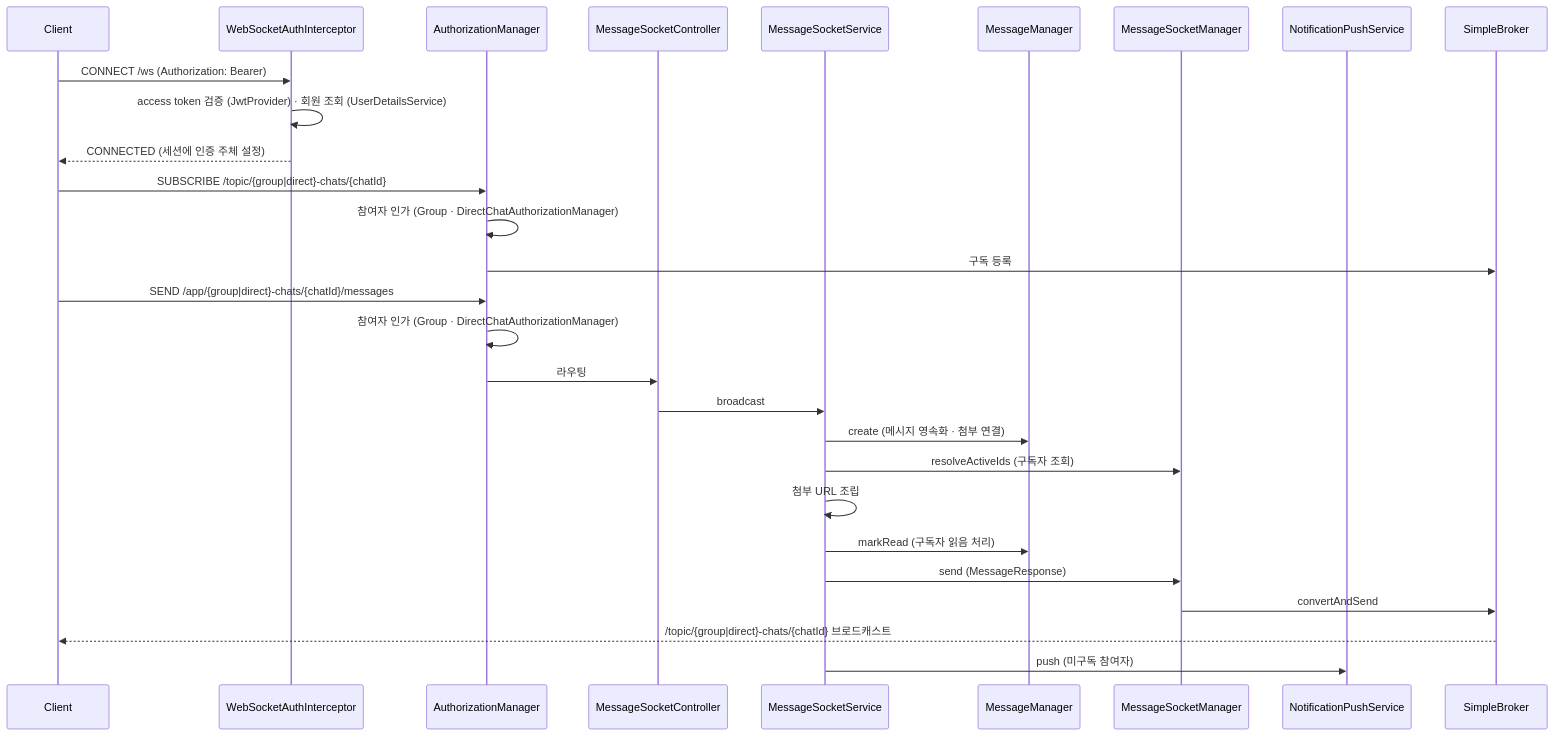
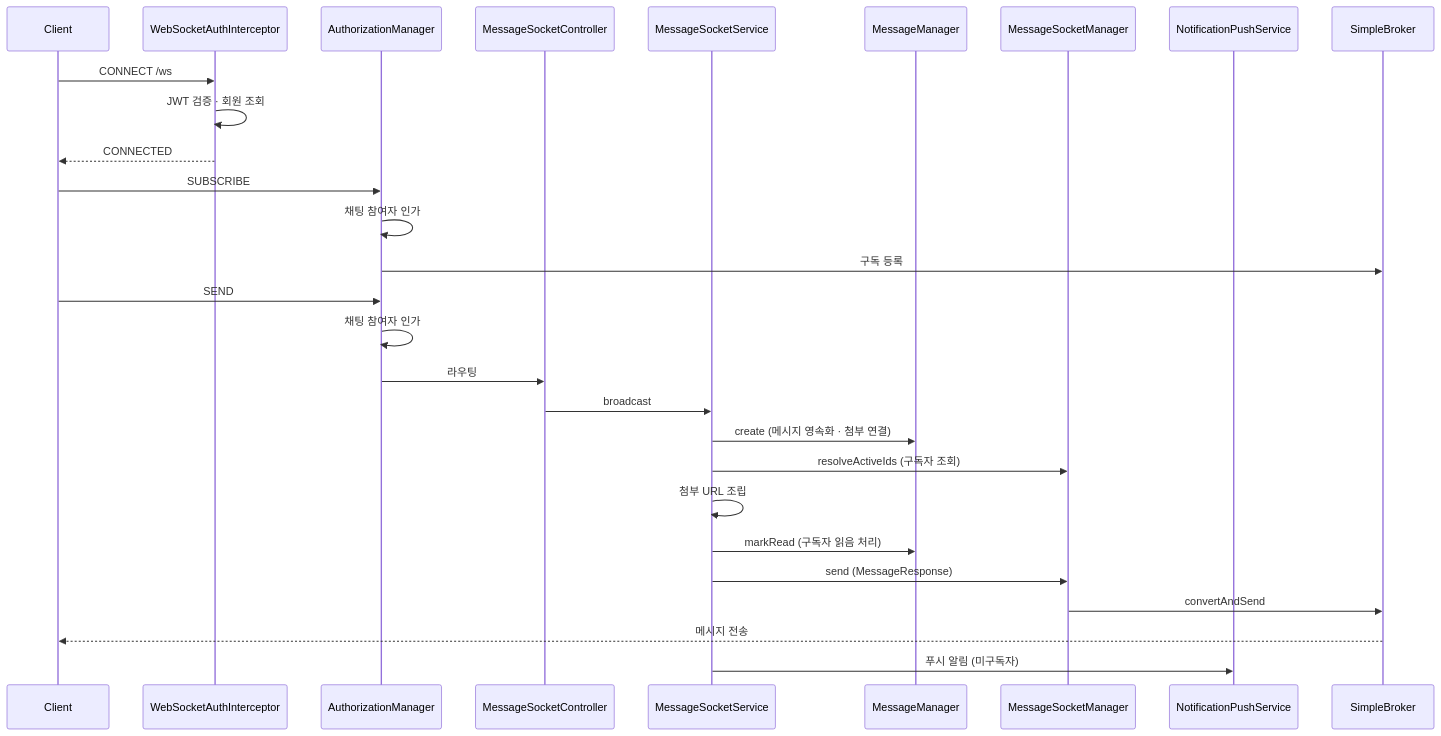
Before and after one commit to mortonCareer/bconnect: the diagram in apps/api/docs/stomp-architecture.md, drawn with Mermaid. The commit also changed other lines of this file and 2 other files, not shown here.

Commit message:
docs(api): 메시지 규격 · 섭외 조회 문서 최신화

````diff
--- a/apps/api/docs/stomp-architecture.md
+++ b/apps/api/docs/stomp-architecture.md
@@ -7,33 +7,33 @@
 ```mermaid
 sequenceDiagram
     participant Client
     participant Interceptor as WebSocketAuthInterceptor
     participant Authz as AuthorizationManager
     participant Ctrl as MessageSocketController
     participant Service as MessageSocketService
     participant Msg as MessageManager
     participant Manager as MessageSocketManager
     participant Push as NotificationPushService
     participant Broker as SimpleBroker
 
-    Client->>Interceptor: CONNECT /ws (Authorization: Bearer)
-    Interceptor->>Interceptor: access token 검증 (JwtProvider) · 회원 조회 (UserDetailsService)
-    Interceptor-->>Client: CONNECTED (세션에 인증 주체 설정)
+    Client->>Interceptor: CONNECT /ws
+    Interceptor->>Interceptor: JWT 검증 · 회원 조회
+    Interceptor-->>Client: CONNECTED
 
-    Client->>Authz: SUBSCRIBE /topic/{group|direct}-chats/{chatId}
-    Authz->>Authz: 참여자 인가 (Group · DirectChatAuthorizationManager)
+    Client->>Authz: SUBSCRIBE
+    Authz->>Authz: 채팅 참여자 인가
     Authz->>Broker: 구독 등록
 
-    Client->>Authz: SEND /app/{group|direct}-chats/{chatId}/messages
-    Authz->>Authz: 참여자 인가 (Group · DirectChatAuthorizationManager)
+    Client->>Authz: SEND
+    Authz->>Authz: 채팅 참여자 인가
     Authz->>Ctrl: 라우팅
     Ctrl->>Service: broadcast
     Service->>Msg: create (메시지 영속화 · 첨부 연결)
     Service->>Manager: resolveActiveIds (구독자 조회)
     Service->>Service: 첨부 URL 조립
     Service->>Msg: markRead (구독자 읽음 처리)
     Service->>Manager: send (MessageResponse)
     Manager->>Broker: convertAndSend
-    Broker-->>Client: /topic/{group|direct}-chats/{chatId} 브로드캐스트
-    Service->>Push: push (미구독 참여자)
+    Broker-->>Client: 메시지 전송
+    Service->>Push: 푸시 알림 (미구독자)
 ```
````
